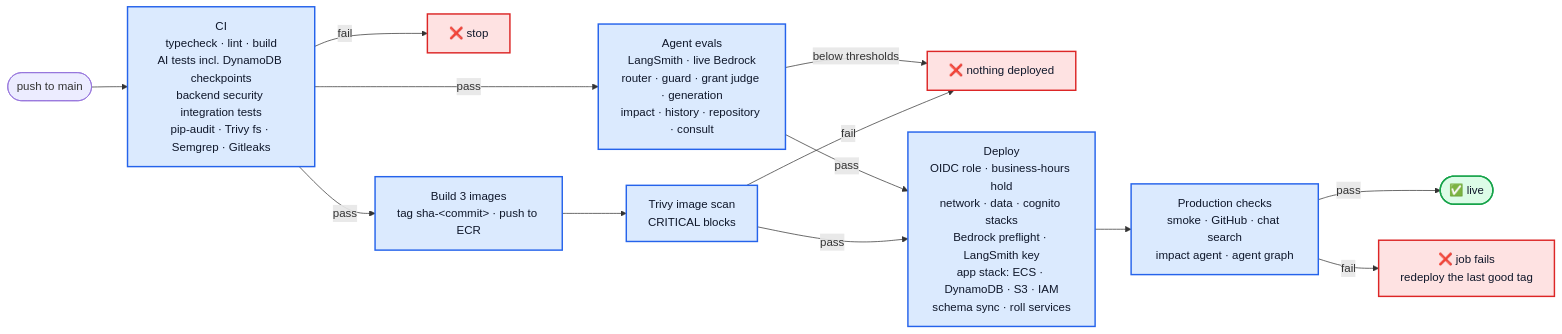
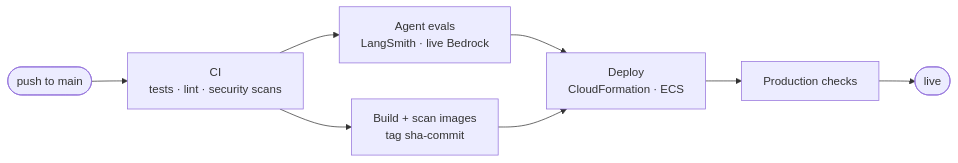
The third of 9 diagrams in README.md (shankasf/small_migration), drawn with Mermaid before and after one commit. The commit also changed other lines of this file, not shown here.

First line of the commit message:
Replace README flowcharts with simpler ones and a complete LangGraph flow [skip ci]

````diff
--- a/README.md
+++ b/README.md
@@ -410,22 +335,10 @@
 ```mermaid
 flowchart LR
-    P(["push to main"]) --> CI["CI<br/>typecheck · lint · build<br/>AI tests incl. DynamoDB checkpoints<br/>backend security integration tests<br/>pip-audit · Trivy fs · Semgrep · Gitleaks"]
-    CI -- fail --> X1["❌ stop"]
-    CI -- pass --> EV["Agent evals<br/>LangSmith · live Bedrock<br/>router · guard · grant judge · generation<br/>impact · history · repository · consult"]
-    CI -- pass --> B["Build 3 images<br/>tag sha-&lt;commit&gt; · push to ECR"]
-    EV -- "below thresholds" --> X2["❌ nothing deployed"]
-    B --> SC["Trivy image scan<br/>CRITICAL blocks"]
-    SC -- fail --> X2
-    EV -- pass --> D
-    SC -- pass --> D["Deploy<br/>OIDC role · business-hours hold<br/>network · data · cognito stacks<br/>Bedrock preflight · LangSmith key<br/>app stack: ECS · DynamoDB · S3 · IAM<br/>schema sync · roll services"]
-    D --> V["Production checks<br/>smoke · GitHub · chat search<br/>impact agent · agent graph"]
-    V -- pass --> OK(["✅ live"])
-    V -- fail --> RB["❌ job fails<br/>redeploy the last good tag"]
-
-    classDef ok fill:#dcfce7,stroke:#16a34a,stroke-width:2px,color:#0f172a
-    classDef bad fill:#fee2e2,stroke:#dc2626,stroke-width:2px,color:#0f172a
-    classDef step fill:#dbeafe,stroke:#2563eb,stroke-width:2px,color:#0f172a
-    class OK ok
-    class X1,X2,RB bad
-    class CI,EV,B,SC,D,V step
+    P(["push to main"]) --> CI["CI<br/>tests · lint · security scans"]
+    CI --> EV["Agent evals<br/>LangSmith · live Bedrock"]
+    CI --> IMG["Build + scan images<br/>tag sha-commit"]
+    EV --> D["Deploy<br/>CloudFormation · ECS"]
+    IMG --> D
+    D --> V["Production checks"]
+    V --> OK(["live"])
 ```
````
